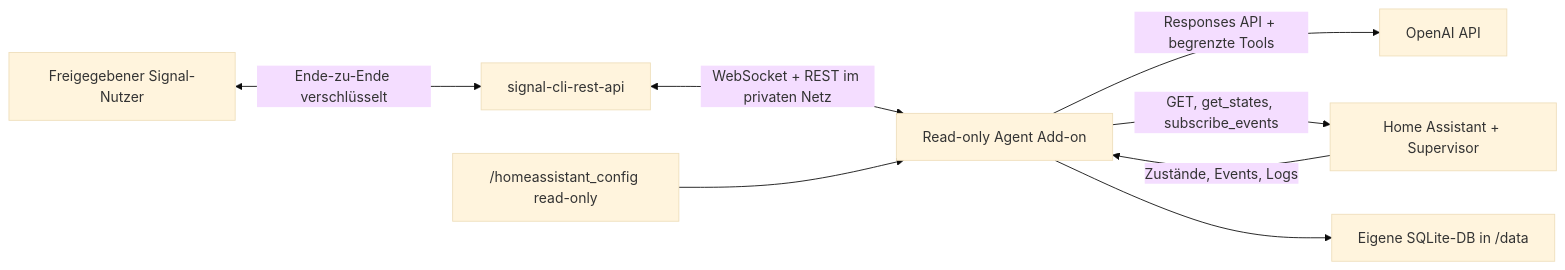
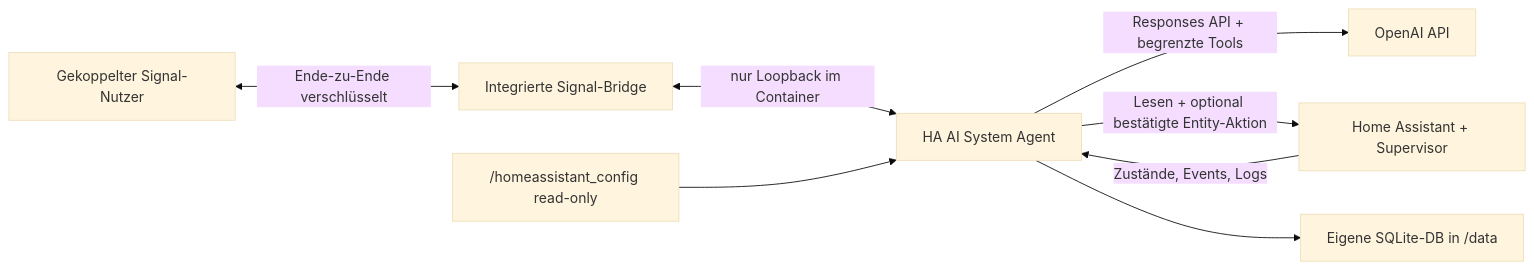
The diagram in README.md (SVENS0Nb/HA-AI-System-Agent), drawn with Mermaid (base theme) before and after one commit. The commit also changed other lines of this file and 42 other files, not shown here.

````diff
--- a/README.md
+++ b/README.md
@@ -11,10 +11,10 @@
 ```mermaid
 flowchart LR
-    U["Freigegebener Signal-Nutzer"] <-->|"Ende-zu-Ende verschlüsselt"| S["signal-cli-rest-api"]
-    S <-->|"WebSocket + REST im privaten Netz"| A["Read-only Agent Add-on"]
+    U["Gekoppelter Signal-Nutzer"] <-->|"Ende-zu-Ende verschlüsselt"| B["Integrierte Signal-Bridge"]
+    B <-->|"nur Loopback im Container"| A["HA AI System Agent"]
     A -->|"Responses API + begrenzte Tools"| O["OpenAI API"]
-    A -->|"GET, get_states, subscribe_events"| H["Home Assistant + Supervisor"]
+    A -->|"Lesen + optional bestätigte Entity-Aktion"| H["Home Assistant + Supervisor"]
     H -->|"Zustände, Events, Logs"| A
     C["/homeassistant_config read-only"] --> A
     A --> D["Eigene SQLite-DB in /data"]
 ```
````
